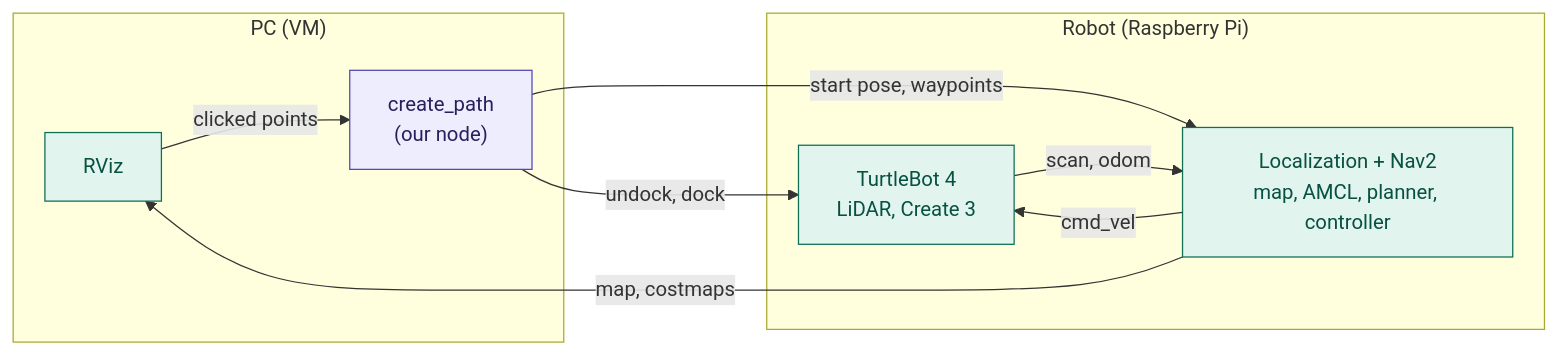
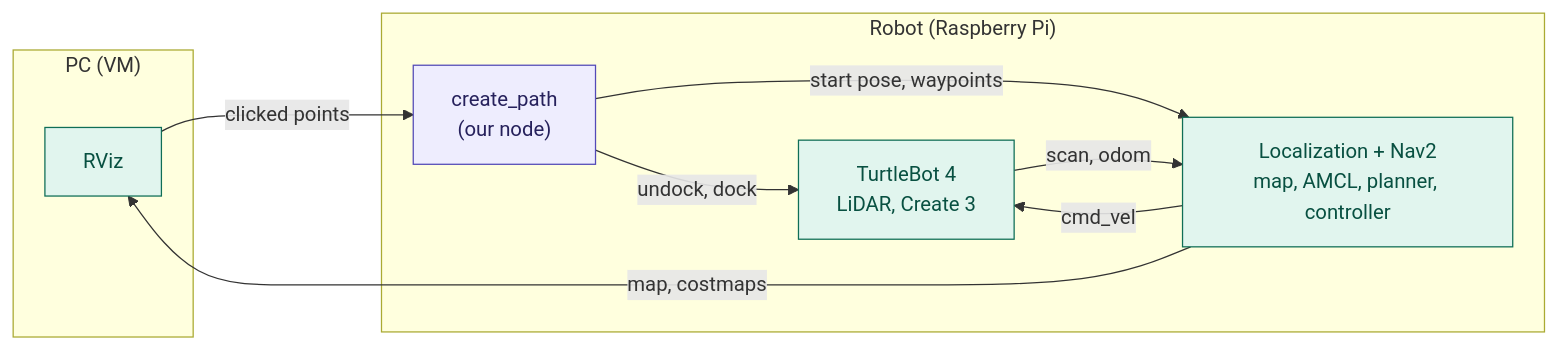
The diagram in robotics_ws/src/day8pkg/README.md (Happy1HappyHappy/Robotics), drawn with Mermaid before and after one commit. The commit also changed other lines of this file, not shown here.

First line of the commit message:
Put the demo first and run create_path on the robot in day8pkg README

````diff
--- a/robotics_ws/src/day8pkg/README.md
+++ b/robotics_ws/src/day8pkg/README.md
@@ -26,21 +298,21 @@
 ```mermaid
 flowchart LR
     subgraph pc["PC (VM)"]
         rviz["RViz"]
-        app["create_path<br>(our node)"]
     end
     subgraph robot["Robot (Raspberry Pi)"]
+        app["create_path<br>(our node)"]
         nav["Localization + Nav2<br>map, AMCL, planner, controller"]
         bot["TurtleBot 4<br>LiDAR, Create 3"]
     end
     rviz -->|"clicked points"| app
     app -->|"undock, dock"| bot
     app -->|"start pose, waypoints"| nav
     bot -->|"scan, odom"| nav
     nav -->|cmd_vel| bot
     nav -->|"map, costmaps"| rviz
     classDef ours fill:#EEEDFE,stroke:#534AB7,color:#26215C
     classDef given fill:#E1F5EE,stroke:#0F6E56,color:#085041
     class app ours
     class rviz,bot,nav given
 ```
````
